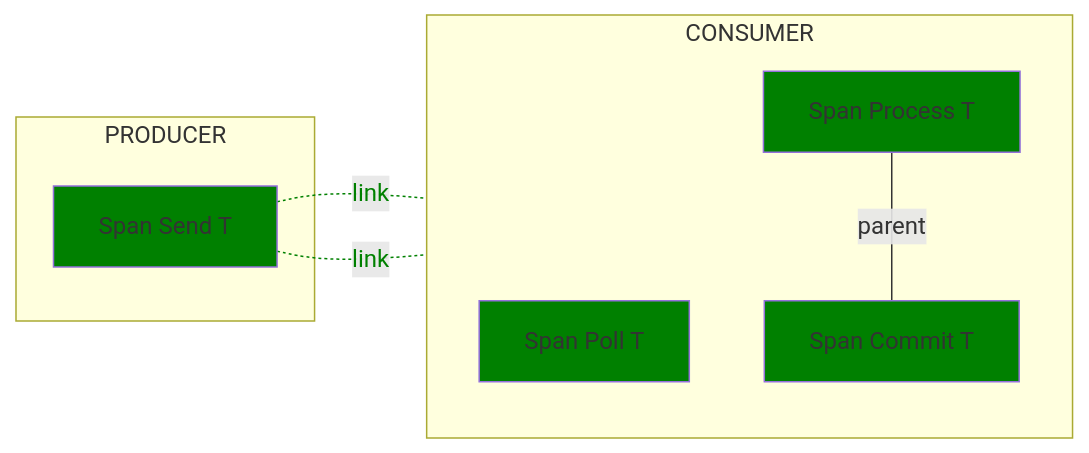
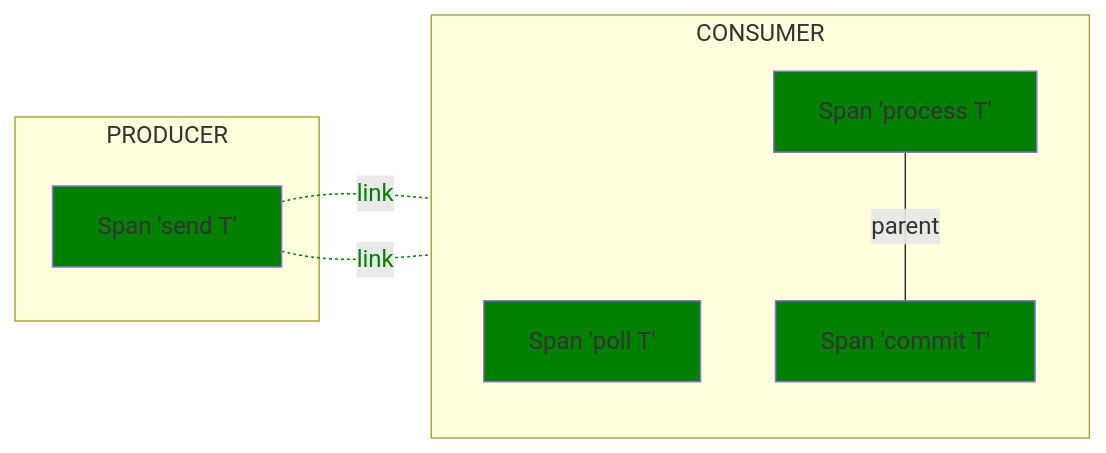
One commit to open-telemetry/semantic-conventions changed the diagram in docs/messaging/kafka.md. Above: the diagram before and after it, drawn with Mermaid. The commit also changed other lines of this file, not shown here.

````diff
--- a/docs/messaging/kafka.md
+++ b/docs/messaging/kafka.md
@@ -148,21 +148,21 @@
 ```mermaid
 flowchart LR;
   subgraph PRODUCER
-  P[Span Send T]
+  P[Span 'send T']
   end
   subgraph CONSUMER
   direction TB
-  R1[Span Poll T]
-  R2[Span Process T]
-  R3[Span Commit T]
+  R1[Span 'poll T']
+  R2[Span 'process T']
+  R3[Span 'commit T']
   end
 
   P-. link .-R1;
   P-. link .-R2;
   R2-- parent ---R3;
 
   classDef normal fill:green
   class P,R1,R2,R3 normal
   linkStyle 0 color:green,stroke:green
   linkStyle 1 color:green,stroke:green
 ```
````
